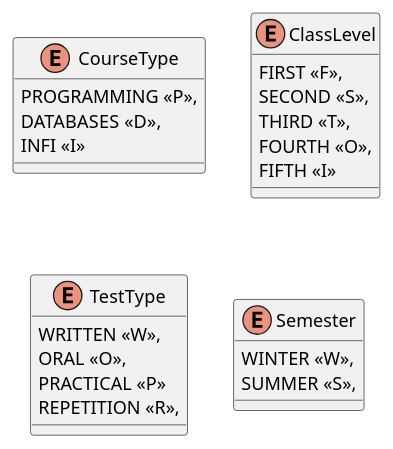
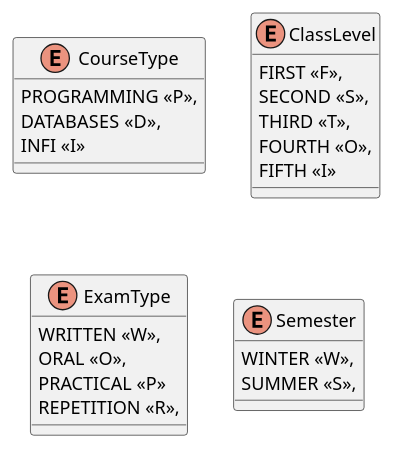
The diagram in src/main/puml/enums.puml (mfreimueller/SJ2525_4EHIF_Art_CMS), drawn with PlantUML before and after one commit. The commit also changed 8 other files, not shown here.

Commit message:
implement Exam property/repository/test and Duration richtype plus converter

```diff
--- a/src/main/puml/enums.puml
+++ b/src/main/puml/enums.puml
@@ -1,29 +1,29 @@
 @startuml
 
 enum CourseType {
     PROGRAMMING <<P>>,
     DATABASES <<D>>,
     INFI <<I>>
 }
 
 enum ClassLevel {
     FIRST <<F>>,
     SECOND <<S>>,
     THIRD <<T>>,
     FOURTH <<O>>,
     FIFTH <<I>>
 }
 
-enum TestType {
+enum ExamType {
     WRITTEN <<W>>,
     ORAL <<O>>,
     PRACTICAL <<P>>
     REPETITION <<R>>,
 }
 
 enum Semester {
     WINTER <<W>>,
     SUMMER <<S>>,
 }
 
 @enduml
```
